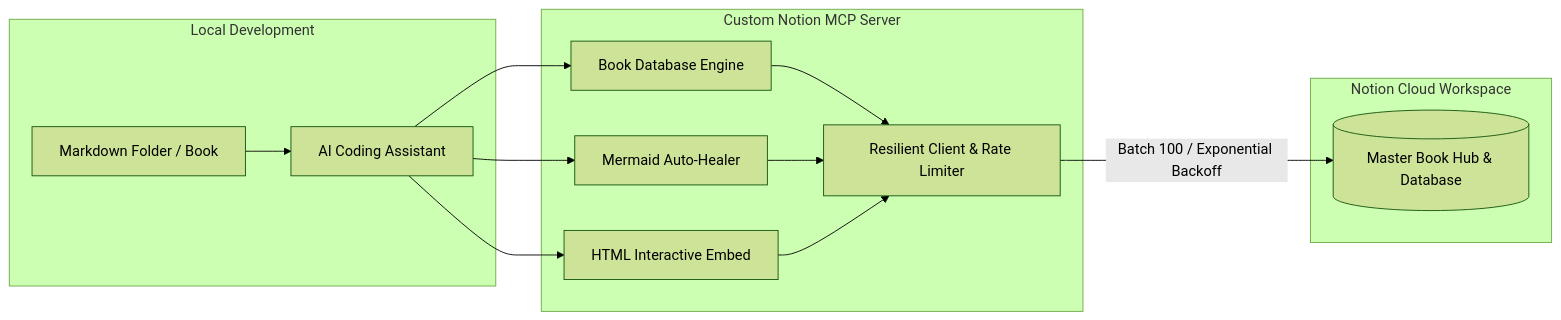
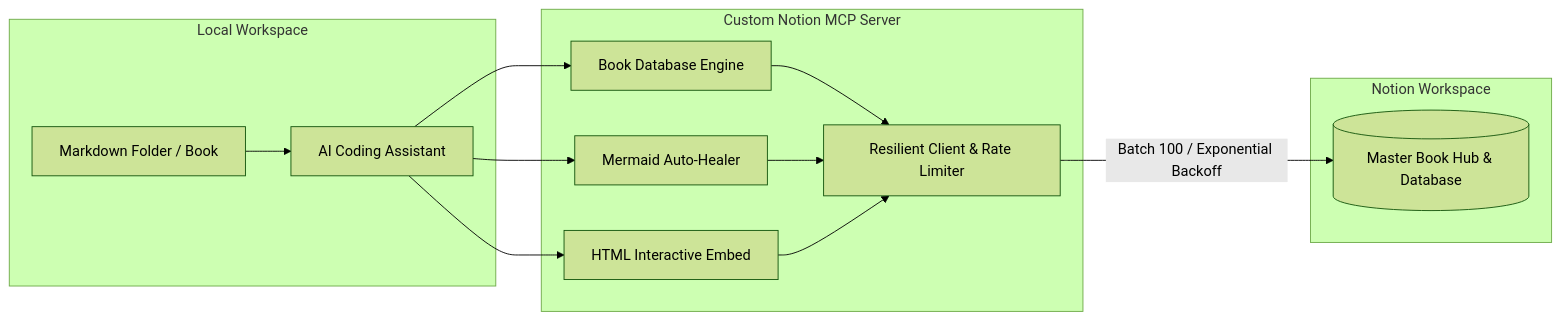
The diagram in server/README.md (tuandung222/notion-mcp-server), drawn with Mermaid (forest theme) before and after one commit. The commit also changed other lines of this file and 1 other file, not shown here.

````diff
--- a/server/README.md
+++ b/server/README.md
@@ -18,19 +18,19 @@
 ```mermaid
 graph LR
-    subgraph Local [Local Development]
+    subgraph Local [Local Workspace]
         A[Markdown Folder / Book] --> B[AI Coding Assistant]
     end
 
     subgraph CustomMCP [Custom Notion MCP Server]
         B --> C[Book Database Engine]
         B --> D[Mermaid Auto-Healer]
         B --> E[HTML Interactive Embed]
         C --> F[Resilient Client & Rate Limiter]
         D --> F
         E --> F
     end
 
-    subgraph Notion [Notion Cloud Workspace]
+    subgraph Notion [Notion Workspace]
         F -->|Batch 100 / Exponential Backoff| G[(Master Book Hub & Database)]
     end
 ```
````
